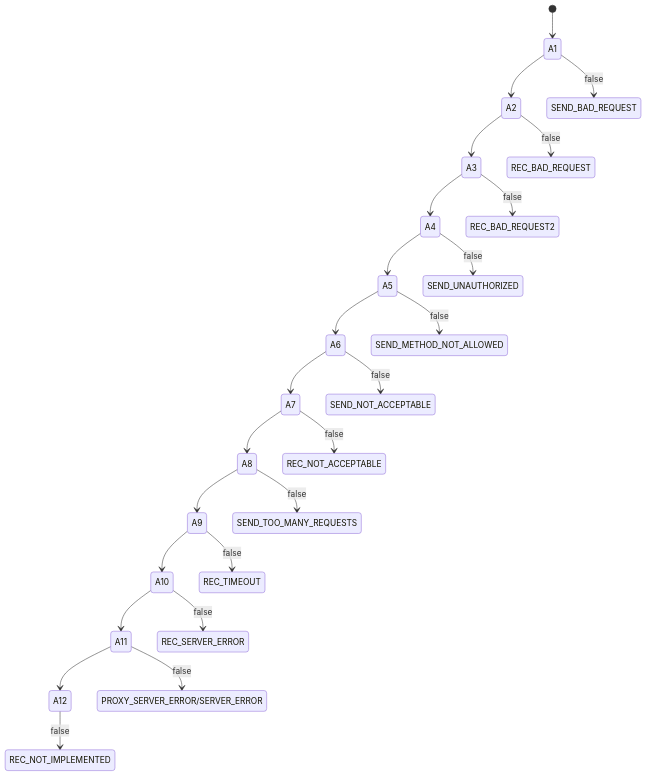
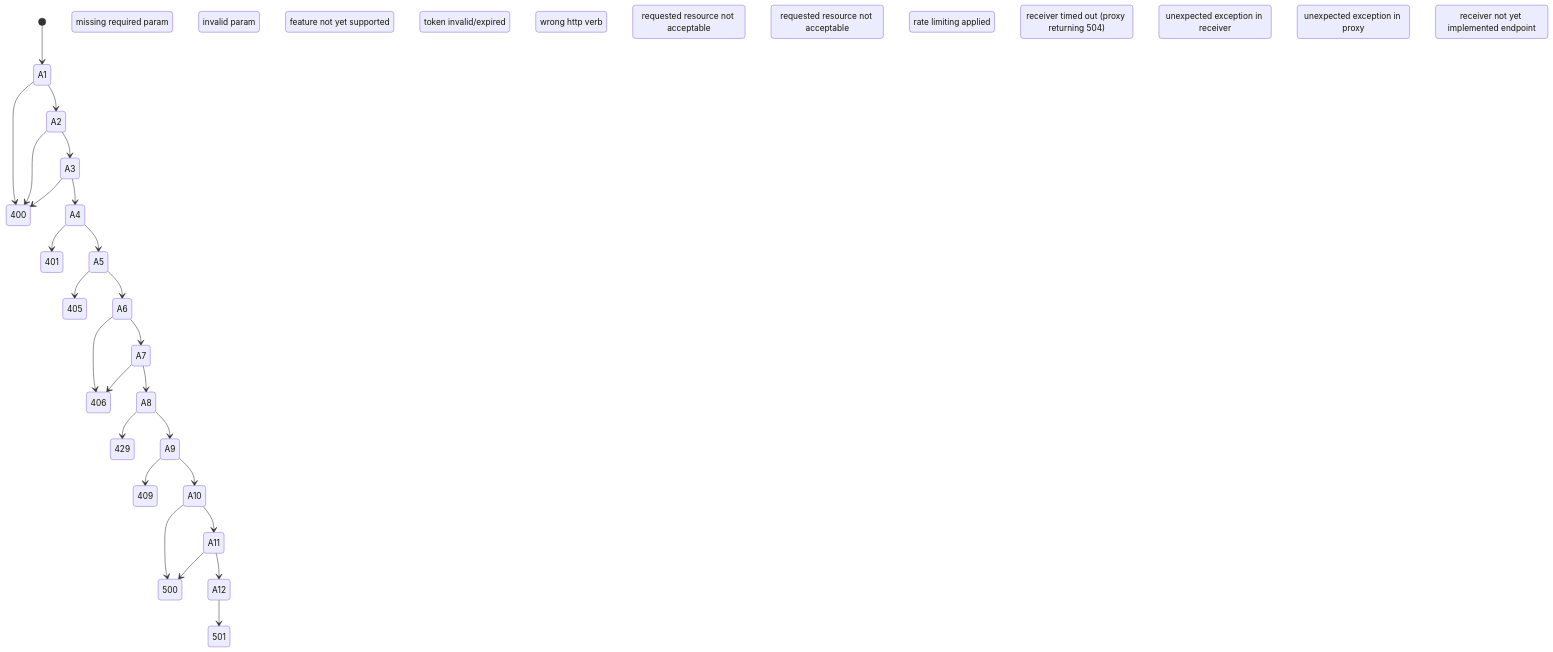
The first of 10 diagrams in specification/error-processing-flow.md (NHSDigital/booking-and-referral-fhir-api), drawn with Mermaid before and after one commit. The commit also changed other lines of this file, not shown here.

Commit message:
AMB-1297 update diagrams

````diff
--- a/specification/error-processing-flow.md
+++ b/specification/error-processing-flow.md
@@ -3,28 +3,28 @@
 ```mermaid
 stateDiagram-v2
     [*] --> A1
     A1 --> A2
     A2 --> A3
     A3 --> A4
     A4 --> A5
     A5 --> A6
     A6 --> A7
     A7 --> A8
     A8 --> A9
     A9 --> A10
     A10 --> A11
     A11 --> A12
 
-    A1 --> SEND_BAD_REQUEST: false
-    A2 --> REC_BAD_REQUEST: false
-    A3 --> REC_BAD_REQUEST2: false
-    A4 --> SEND_UNAUTHORIZED: false
-    A5 --> SEND_METHOD_NOT_ALLOWED: false
-    A6 --> SEND_NOT_ACCEPTABLE: false
-    A7 --> REC_NOT_ACCEPTABLE: false
-    A8 --> SEND_TOO_MANY_REQUESTS: false
-    A9 --> REC_TIMEOUT: false
-    A10 --> REC_SERVER_ERROR: false
-    A11 --> PROXY_SERVER_ERROR/SERVER_ERROR : false
-    A12 --> REC_NOT_IMPLEMENTED: false
+    A1 --> 400 SEND_BAD_REQUEST: missing required param
+    A2 --> 400 REC_BAD_REQUEST: invalid param
+    A3 --> 400 REC_BAD_REQUEST2: feature not yet supported
+    A4 --> 401 SEND_UNAUTHORIZED: token invalid/expired
+    A5 --> 405 SEND_METHOD_NOT_ALLOWED: wrong http verb
+    A6 --> 406 SEND_NOT_ACCEPTABLE: requested resource not acceptable
+    A7 --> 406 REC_NOT_ACCEPTABLE: requested resource not acceptable
+    A8 --> 429 SEND_TOO_MANY_REQUESTS: rate limiting applied
+    A9 --> 409 REC_TIMEOUT: receiver timed out (proxy returning 504)
+    A10 --> 500 REC_SERVER_ERROR: unexpected exception in receiver 
+    A11 --> 500 PROXY_SERVER_ERROR/SERVER_ERROR : unexpected exception in proxy
+    A12 --> 501 REC_NOT_IMPLEMENTED: receiver not yet implemented endpoint
 ```
````
